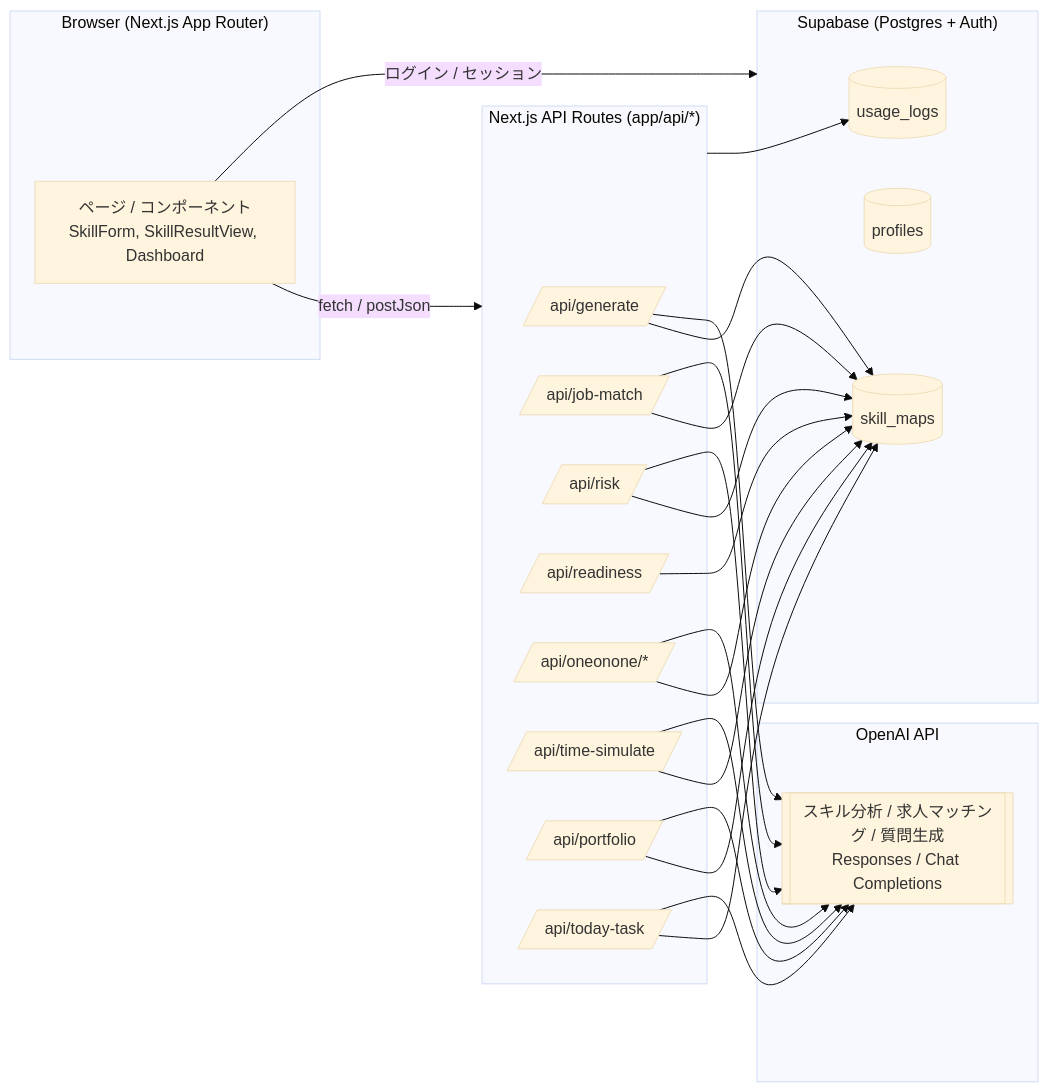
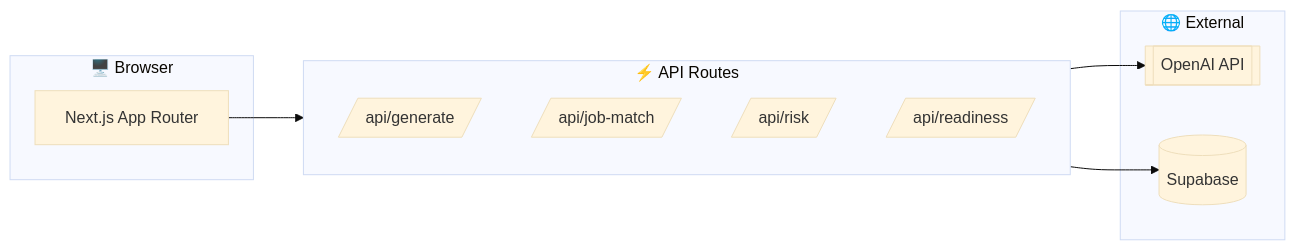
Before and after one commit to hashimotonobuaki123-cmyk/ai-skill-map-generator: the diagram in README.md, drawn with Mermaid (base theme). The commit also changed other lines of this file, not shown here.

````diff
--- a/README.md
+++ b/README.md
@@ -284,48 +131,22 @@
 ```mermaid
 flowchart LR
-  subgraph Client["Browser (Next.js App Router)"]
-    UI[ページ / コンポーネント<br/>SkillForm, SkillResultView, Dashboard]
+  subgraph Client["🖥️ Browser"]
+    UI[Next.js App Router]
   end
 
-  subgraph NextAPI["Next.js API Routes (app/api/*)"]
+  subgraph API["⚡ API Routes"]
     GEN[/api/generate/]
     MATCH[/api/job-match/]
     RISK[/api/risk/]
     READY[/api/readiness/]
-    ONEONONE[/api/oneonone/*/]
-    TIME[/api/time-simulate/]
-    PORTFOLIO[/api/portfolio/]
-    TODAY[/api/today-task/]
   end
 
-  subgraph Supabase["Supabase (Postgres + Auth)"]
-    DB_SKILL[(skill_maps)]
-    DB_PROF[(profiles)]
-    DB_USAGE[(usage_logs)]
+  subgraph External["🌐 External"]
+    OpenAI[[OpenAI API]]
+    Supabase[(Supabase)]
   end
 
-  subgraph OpenAI["OpenAI API"]
-    MODEL[[スキル分析 / 求人マッチング / 質問生成<br/>Responses / Chat Completions]]
-  end
-
-  UI -->|fetch / postJson| NextAPI
-  GEN --> DB_SKILL
-  READY --> DB_SKILL
-  MATCH --> DB_SKILL
-  RISK --> DB_SKILL
-  ONEONONE --> DB_SKILL
-  TIME --> DB_SKILL
-  PORTFOLIO --> DB_SKILL
-  TODAY --> DB_SKILL
-
-  GEN --> MODEL
-  MATCH --> MODEL
-  RISK --> MODEL
-  ONEONONE --> MODEL
-  TIME --> MODEL
-  PORTFOLIO --> MODEL
-  TODAY --> MODEL
-
-  UI -->|ログイン / セッション| Supabase
-  NextAPI --> DB_USAGE
+  UI --> API
+  API --> OpenAI
+  API --> Supabase
 ```
````
